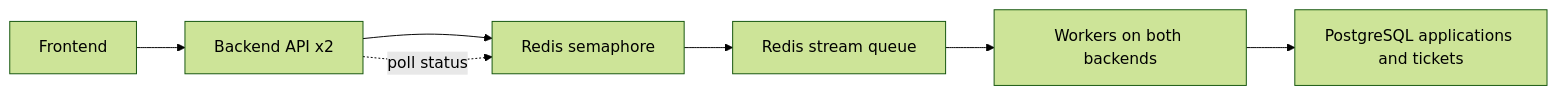
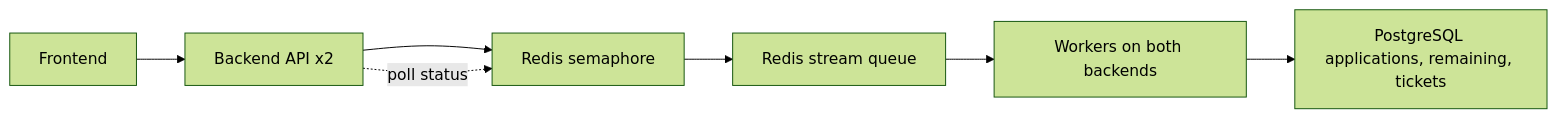
The second of 2 diagrams in docs/redis_queue_load_test.md (HowardHuang1225/Corporate-Event-Ticketing-System-Team13), drawn with Mermaid (forest theme) before and after one commit. The commit also changed other lines of this file and 1 other file, not shown here.

````diff
--- a/docs/redis_queue_load_test.md
+++ b/docs/redis_queue_load_test.md
@@ -509,9 +509,9 @@
 ```mermaid
 flowchart LR
     A[Frontend] --> B[Backend API x2]
     B --> C[Redis semaphore]
     C --> D[Redis stream queue]
     D --> E[Workers on both backends]
-    E --> F[PostgreSQL applications and tickets]
+    E --> F[PostgreSQL applications, remaining, tickets]
     B -. poll status .-> C
 ```
````
